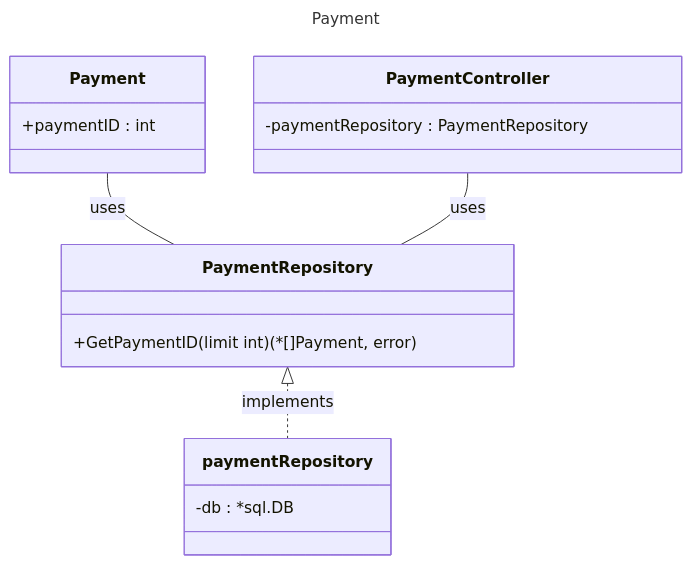
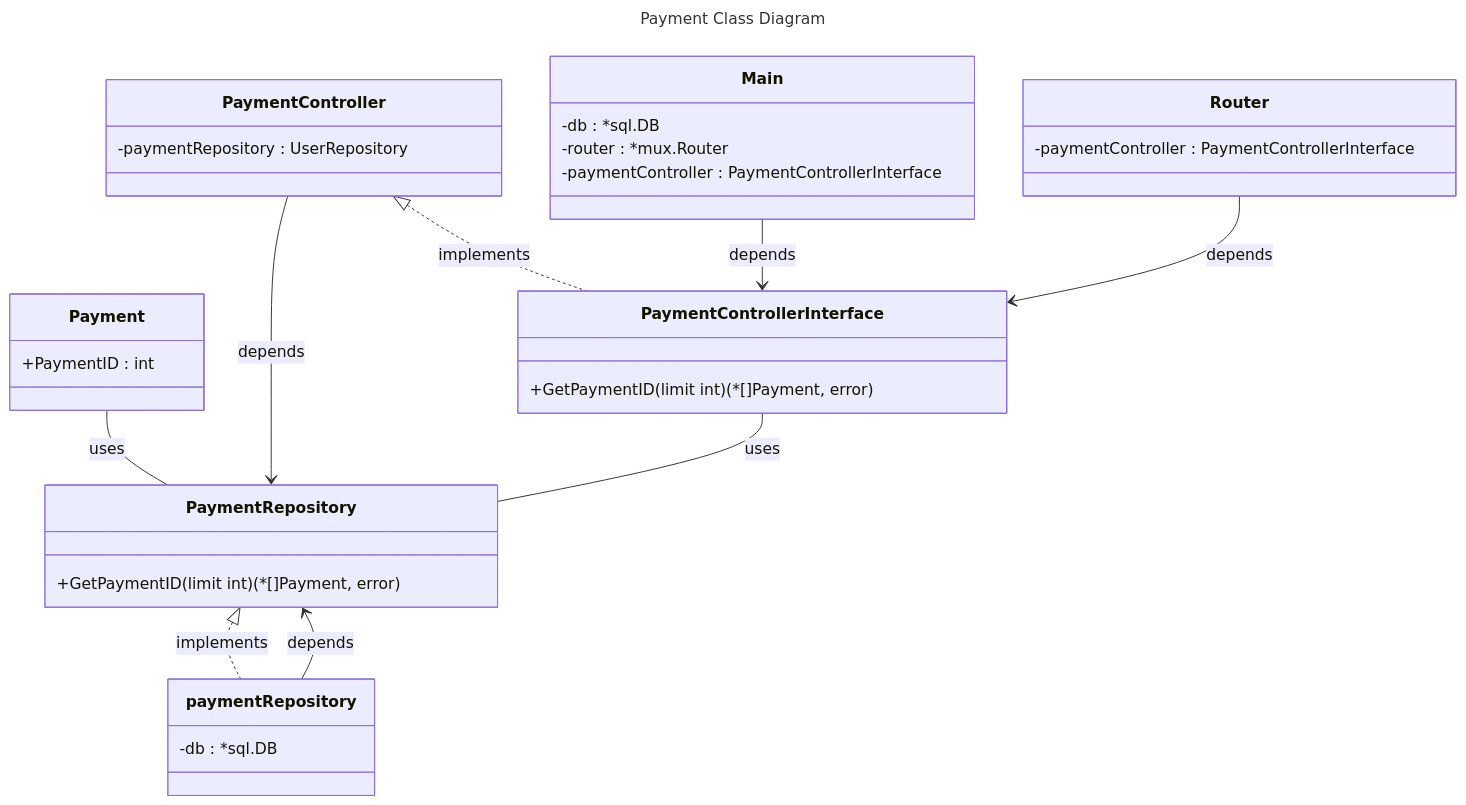
One commit to danny-personal/go-sandbox-clean changed the diagram in README.md. Above: the diagram before and after it, drawn with Mermaid.

Commit message:
Update Payment Class Diagram

````diff
--- a/README.md
+++ b/README.md
@@ -3,21 +3,44 @@
 ```mermaid
 ---
-title: Payment
+title: Payment Class Diagram
 ---
 classDiagram
     class Payment {
-        +paymentID : int
+        +PaymentID : int
     }
-    class PaymentRepository{
+
+    class PaymentRepository {
         +GetPaymentID(limit int) (*[]Payment, error)
     }
+
     class paymentRepository {
         -db : *sql.DB
     }
+
+    class PaymentControllerInterface {
+        +GetPaymentID(limit int) (*[]Payment, error)
+    }
+
     class PaymentController {
-        -paymentRepository : PaymentRepository
+        -paymentRepository : UserRepository
     }
+
+    class Main {
+        -db : *sql.DB
+        -router : *mux.Router
+        -paymentController : PaymentControllerInterface
+    }
+
+    class Router {
+        -paymentController : PaymentControllerInterface
+    }
+
     Payment -- PaymentRepository : uses
     PaymentRepository <|.. paymentRepository : implements
-    PaymentController -- PaymentRepository : uses
+    paymentRepository --> PaymentRepository : depends
+    PaymentController --> PaymentRepository : depends
+    PaymentController <|.. PaymentControllerInterface : implements
+    PaymentControllerInterface -- PaymentRepository : uses
+    Main --> PaymentControllerInterface : depends
+    Router --> PaymentControllerInterface : depends
 ```
````
